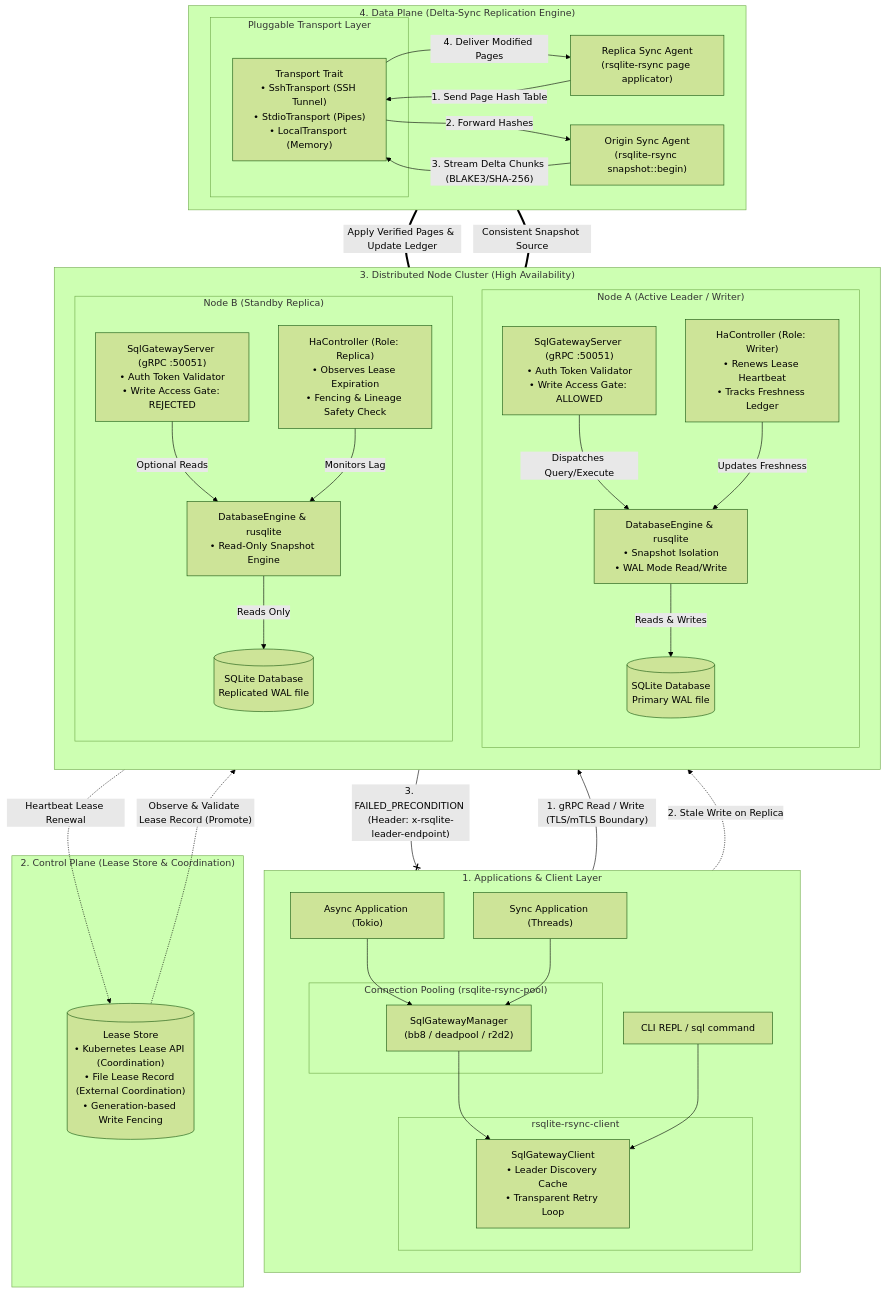
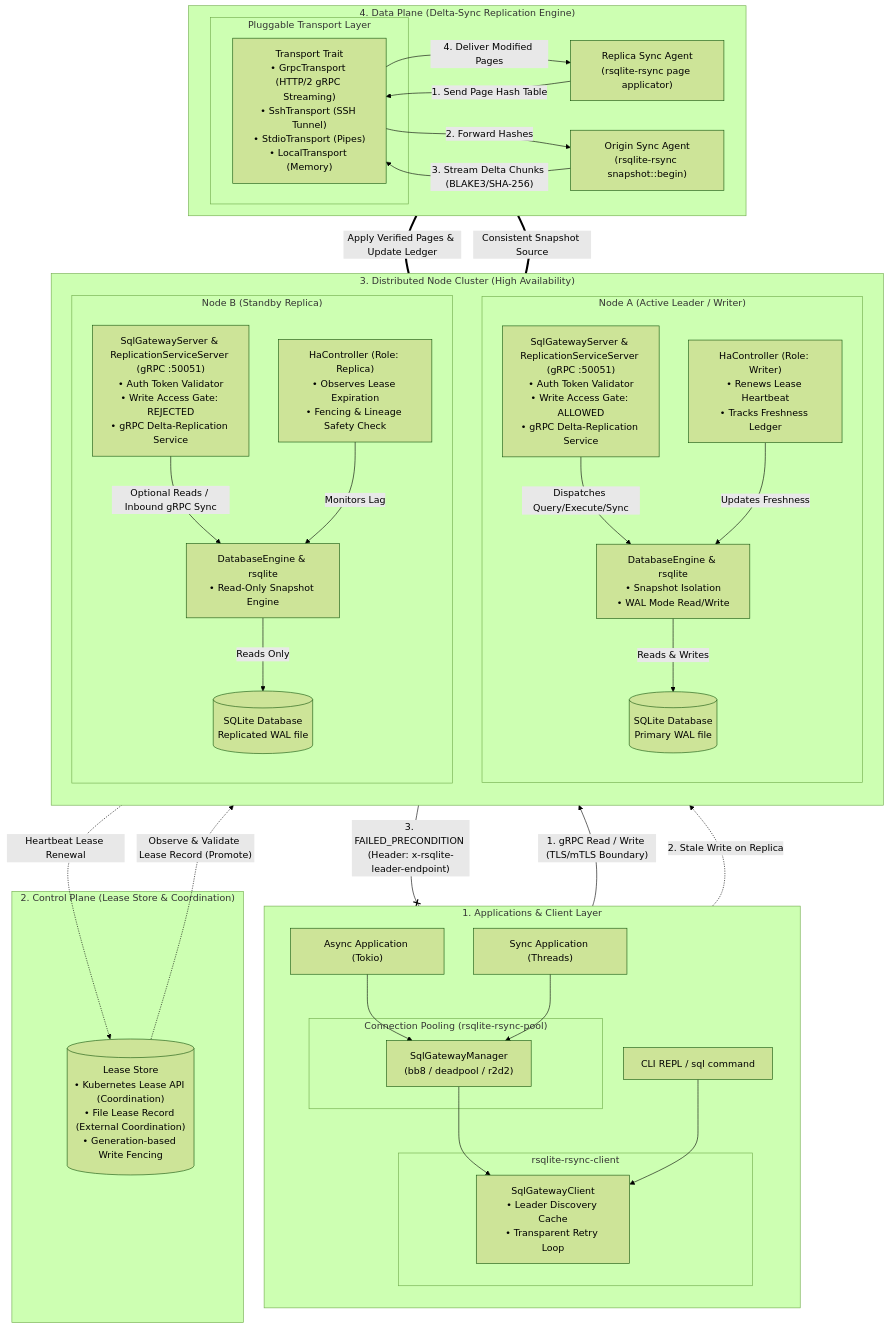
One commit to sria91/rsqlite-rsync changed the first of 12 diagrams in docs/architecture-diagrams.md. Above: the diagram before and after it, drawn with Mermaid (forest theme). The commit also changed other lines of this file and 23 other files, not shown here.

First line of the commit message:
feat: native gRPC streaming replication, auth, and updated documentation (#17)

```diff
--- a/docs/architecture-diagrams.md
+++ b/docs/architecture-diagrams.md
@@ -49,12 +49,12 @@
         %% --- Node A (Leader) ---
         subgraph NodeLeader["Node A (Active Leader / Writer)"]
             direction TB
-            L_GW["SqlGatewayServer (gRPC :50051)<br/>• Auth Token Validator<br/>• Write Access Gate: ALLOWED"]
-            L_Engine["DatabaseEngine & rusqlite<br/>• Snapshot Isolation<br/>• WAL Mode Read/Write"]
+            L_GW["SqlGatewayServer & ReplicationServiceServer (gRPC :50051)<br/>• Auth Token Validator<br/>• Write Access Gate: ALLOWED<br/>• gRPC Delta-Replication Service"]
+            L_Engine["DatabaseEngine & rsqlite<br/>• Snapshot Isolation<br/>• WAL Mode Read/Write"]
             L_DB[("SQLite Database<br/>Primary WAL file")]
             L_HA["HaController (Role: Writer)<br/>• Renews Lease Heartbeat<br/>• Tracks Freshness Ledger"]
 
-            L_GW -->|"Dispatches Query/Execute"| L_Engine
+            L_GW -->|"Dispatches Query/Execute/Sync"| L_Engine
             L_Engine -->|"Reads & Writes"| L_DB
             L_HA -->|"Updates Freshness"| L_Engine
         end
@@ -62,12 +62,12 @@
         %% --- Node B (Replica) ---
         subgraph NodeReplica["Node B (Standby Replica)"]
             direction TB
-            R_GW["SqlGatewayServer (gRPC :50051)<br/>• Auth Token Validator<br/>• Write Access Gate: REJECTED"]
-            R_Engine["DatabaseEngine & rusqlite<br/>• Read-Only Snapshot Engine"]
+            R_GW["SqlGatewayServer & ReplicationServiceServer (gRPC :50051)<br/>• Auth Token Validator<br/>• Write Access Gate: REJECTED<br/>• gRPC Delta-Replication Service"]
+            R_Engine["DatabaseEngine & rsqlite<br/>• Read-Only Snapshot Engine"]
             R_DB[("SQLite Database<br/>Replicated WAL file")]
             R_HA["HaController (Role: Replica)<br/>• Observes Lease Expiration<br/>• Fencing & Lineage Safety Check"]
 
-            R_GW -->|"Optional Reads"| R_Engine
+            R_GW -->|"Optional Reads / Inbound gRPC Sync"| R_Engine
             R_Engine -->|"Reads Only"| R_DB
             R_HA -->|"Monitors Lag"| R_Engine
         end
@@ -82,7 +82,7 @@
         SidecarReplica["Replica Sync Agent<br/>(rsqlite-rsync page applicator)"]
         
         subgraph TransportLayer["Pluggable Transport Layer"]
-            Trans["Transport Trait<br/>• SshTransport (SSH Tunnel)<br/>• StdioTransport (Pipes)<br/>• LocalTransport (Memory)"]
+            Trans["Transport Trait<br/>• GrpcTransport (HTTP/2 gRPC Streaming)<br/>• SshTransport (SSH Tunnel)<br/>• StdioTransport (Pipes)<br/>• LocalTransport (Memory)"]
         end
 
         SidecarReplica -->|"1. Send Page Hash Table"| Trans
```
